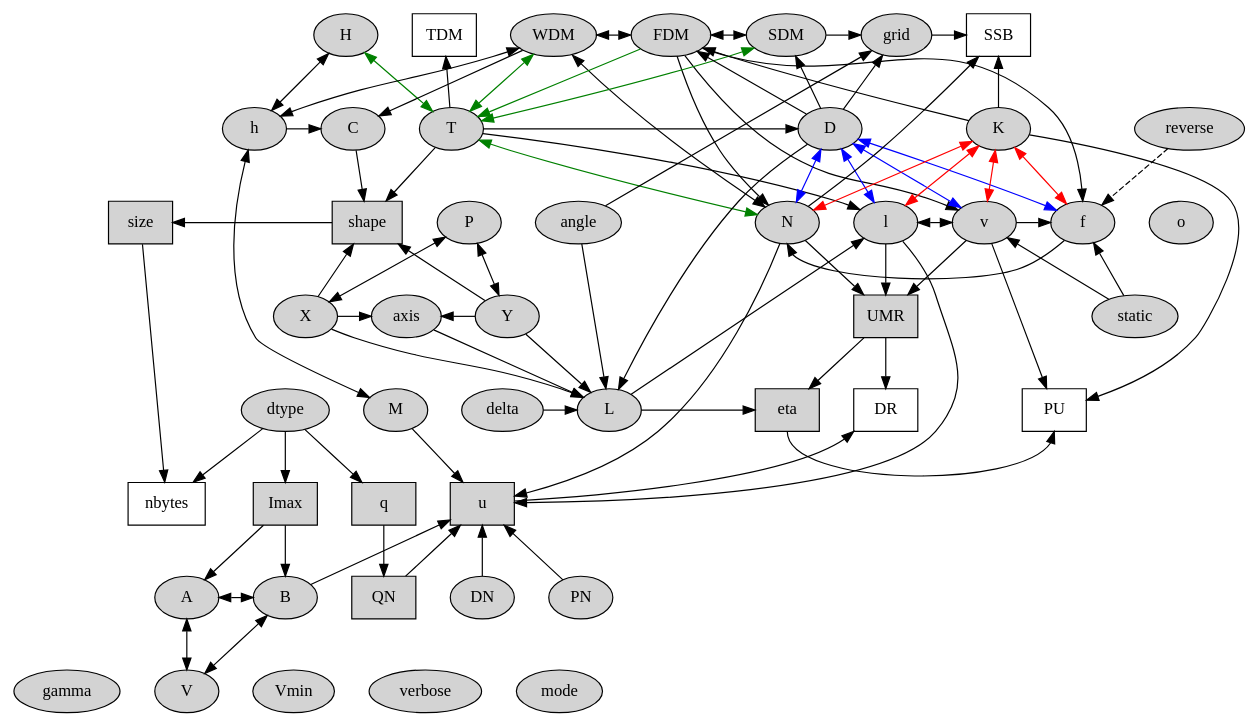
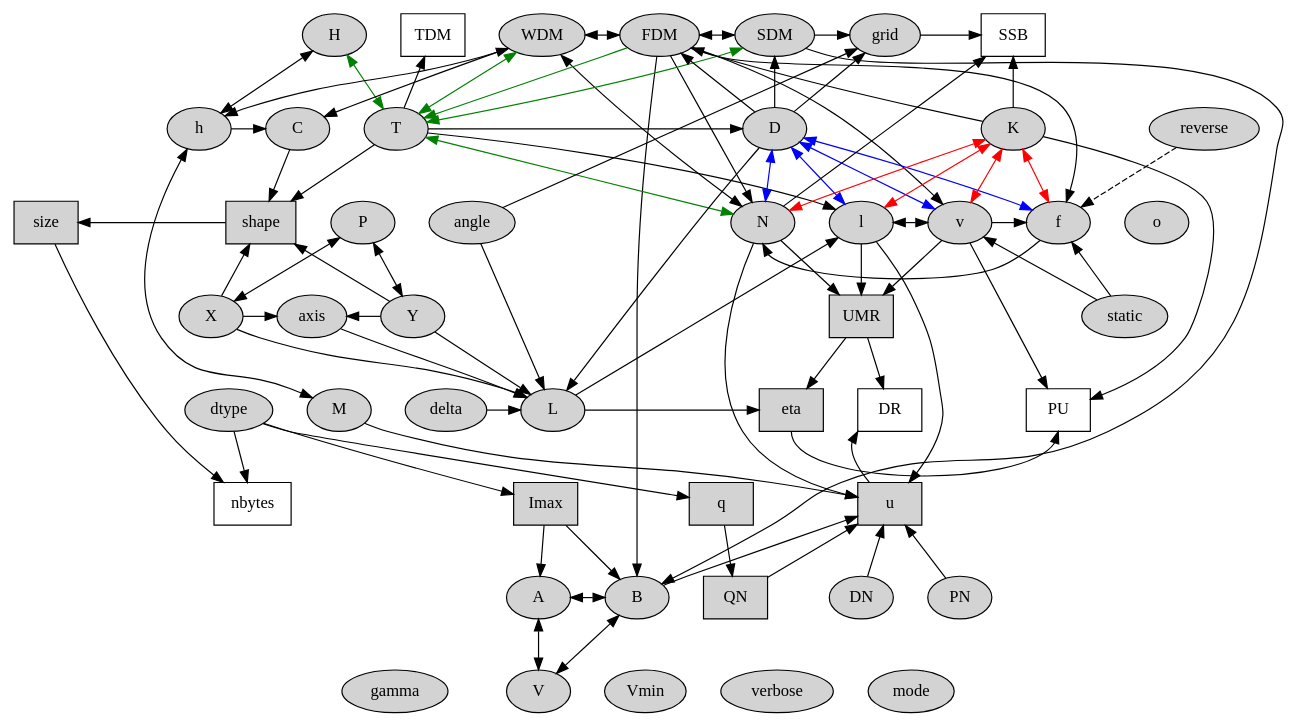
The diagram in docs/interdependencies.dot (comimag/Fringes), drawn with Graphviz before and after one commit. The commit also changed 4 other files, not shown here.

```diff
--- a/docs/interdependencies.dot
+++ b/docs/interdependencies.dot
@@ -1,117 +1,119 @@
 digraph G {
     graph [compound=True]
     node [style=filled]
     nodesep=0.4  // default: 0.25
     ranksep=0.6  // default: 0.5
 
     {rank=same; H -> TDM -> WDM -> FDM -> SDM -> grid -> SSB[style=invis][group=1]}
     {rank=same; h -> C -> T -> D -> K -> reverse[style=invis][group=2]}
     {rank=same; size -> shape -> P -> angle -> N -> l -> v -> f -> o[style=invis][group=3]}
     {rank=same; X -> axis -> Y -> UMR -> static[style=invis][group=4]}
     {rank=same; dtype -> M -> delta -> L -> eta -> DR -> PU[style=invis][group=5]}
     //{rank=same; dtype -> M -> angle[style=invis][group=6]}
     {rank=same; nbytes -> Imax -> q -> u[style=invis][group=7]}
     {rank=same; A -> B -> QN -> DN -> PN[style=invis][group=8]}
     {rank=same; gamma -> V -> Vmin -> verbose -> mode[style=invis][group=9]}
 
     SSB[shape=box][fillcolor=white]
 
     H -> {T} [dir=both][color=green]
     TDM -> WDM [style=invis]
     H -> {h} [dir=both]
     WDM -> C[shape=box]
     WDM -> h[dir=both]
     WDM:se -> N[dir=both]
     WDM:e -> FDM [weight=3][dir=both]
     WDM -> T[dir=both][color=green]
     FDM -> {N v f}
     FDM -> T [color=green]
     FDM:e -> SDM [weight=1][dir=both]
     SDM -> T[dir=both][color=green]
     SDM:e -> grid
+    SDM -> B
+    FDM -> B
     grid:e -> SSB
 
     C -> shape
     h:e -> C
     h -> M [dir=both]
     h -> size [style=invis]
 //    T -> {D K} [constraint=false]
     T -> {TDM shape l}
     T:e -> D
     T -> N [dir=both][color=green]
     D -> {FDM SDM grid L}
     D -> {N l v f}[dir=both][color=blue]
     K -> {N l v f}[dir=both][color=red]
     K -> {FDM  PU}
     K -> SSB [weight=5]
     reverse -> f [style=dashed]
 
     N -> {SSB UMR}
     l -> UMR [weight=13]
     l:e -> v [dir=both]
     v:e -> f
     v -> {UMR PU}
     f -> N:s
 
     P -> X [dir=both]
     P -> Y [dir=both]
     X:e -> axis
     X -> {shape L}
     Y -> {shape L}
     Y:w -> axis
     axis -> L
     UMR -> {eta DR}
     static -> {v f}
 
     M -> u
     delta:e -> L
     angle -> L
     L:e -> eta
     L -> l
     eta:s -> PU:s
 
     u -> DR:sw [constraint=false]
 
     dtype -> {Imax q nbytes}
 
     Imax -> A
     Imax -> B [weight=2]
     q -> QN [weight=2]
     nbytes -> gamma [style=invis]
     Vmin
     verbose
     mode
     o
 
     A:e -> B [dir=both]
     A -> V [dir=both][weight=3]
     B -> V [dir=both]
     B -> u
     QN -> u
     DN -> u [weight=2]
     PN -> u
 
     size -> nbytes
     //shape -> size
     size:e -> shape [dir=back][constraint=false]
     shape -> axis [style=invis]
 
     N -> u
     l -> u
     angle -> grid
 
     shape[shape=box]
     size[shape=box]
     nbytes[shape=box][fillcolor=white]
     Imax[shape=box]
     q[shape=box]
 //    Q[shape=box]
     QN[shape=box]
     UMR[shape=box]
     eta[shape=box]
     u[shape=box]
     TDM[shape=box][fillcolor=white]
     //L[shape=box]
     DR[shape=box][fillcolor=white]
     PU[shape=box][fillcolor=white]
 }
```
